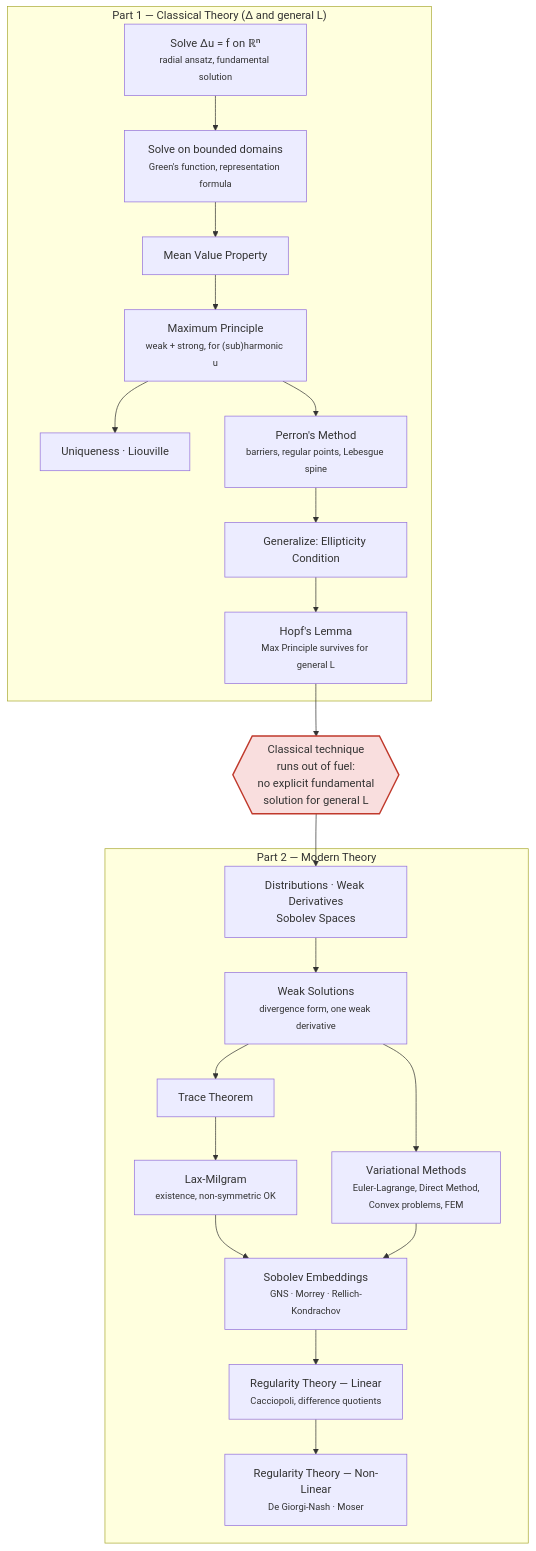
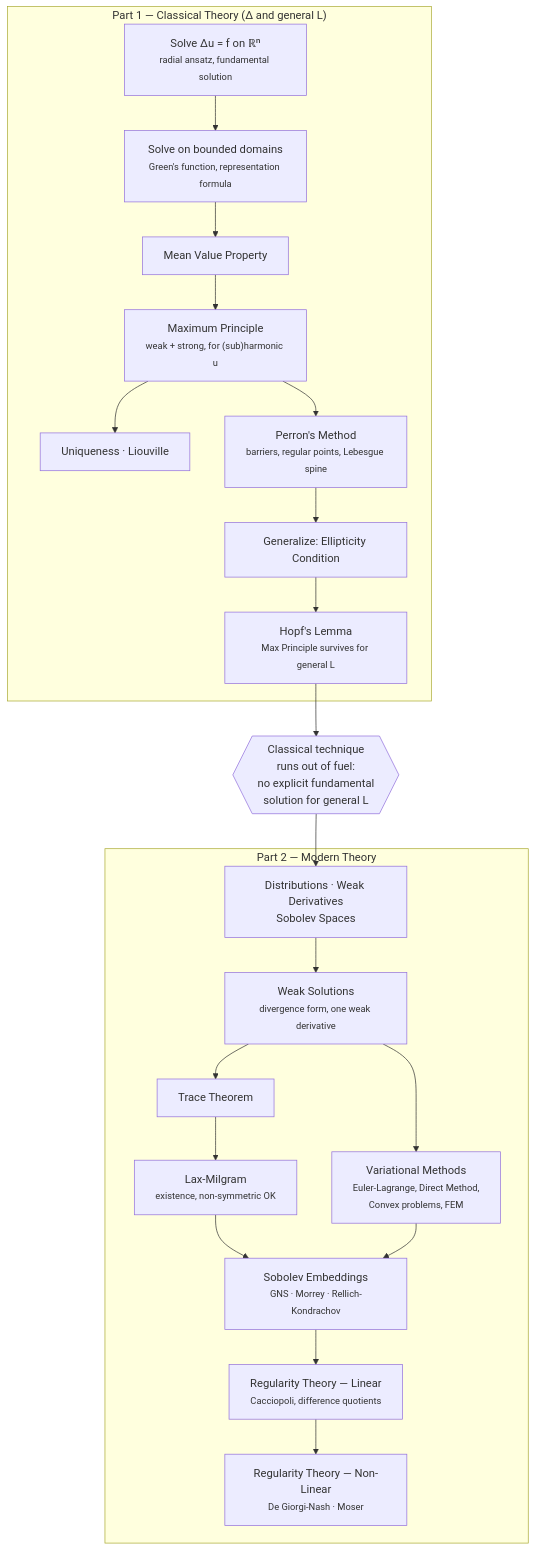
Before and after one commit to viktorlohr/pde: the diagram in new_summary.md, drawn with Mermaid. The commit also changed other lines of this file and 2 other files, not shown here.

````diff
--- a/new_summary.md
+++ b/new_summary.md
@@ -3,40 +3,38 @@
 ```mermaid
 flowchart TD
     subgraph P1["Part 1 — Classical Theory (Δ and general L)"]
         A["Solve Δu = f on ℝⁿ<br/><small>radial ansatz, fundamental solution</small>"]
         B["Solve on bounded domains<br/><small>Green's function, representation formula</small>"]
         C["Mean Value Property"]
         D["Maximum Principle<br/><small>weak + strong, for (sub)harmonic u</small>"]
         E["Uniqueness · Liouville"]
         F["Perron's Method<br/><small>barriers, regular points, Lebesgue spine</small>"]
         G["Generalize: Ellipticity Condition"]
         H["Hopf's Lemma<br/><small>Max Principle survives for general L</small>"]
 
         A --> B --> C --> D --> E
         D --> F
         F --> G --> H
     end
 
     H --> X{{"Classical technique<br/>runs out of fuel:<br/>no explicit fundamental<br/>solution for general L"}}
 
     subgraph P2["Part 2 — Modern Theory"]
         I["Distributions · Weak Derivatives<br/>Sobolev Spaces"]
         J["Weak Solutions<br/><small>divergence form, one weak derivative</small>"]
         K["Trace Theorem"]
         L["Lax-Milgram<br/><small>existence, non-symmetric OK</small>"]
         M["Variational Methods<br/><small>Euler-Lagrange, Direct Method,<br/>Convex problems, FEM</small>"]
         N["Sobolev Embeddings<br/><small>GNS · Morrey · Rellich-Kondrachov</small>"]
         O["Regularity Theory — Linear<br/><small>Cacciopoli, difference quotients</small>"]
         Q["Regularity Theory — Non-Linear<br/><small>De Giorgi-Nash · Moser</small>"]
 
         I --> J --> K --> L
         J --> M
         L --> N
         M --> N
         N --> O --> Q
     end
 
     X --> I
-
-    style X fill:#f9dede,stroke:#c0392b,stroke-width:2px
 ```
````
